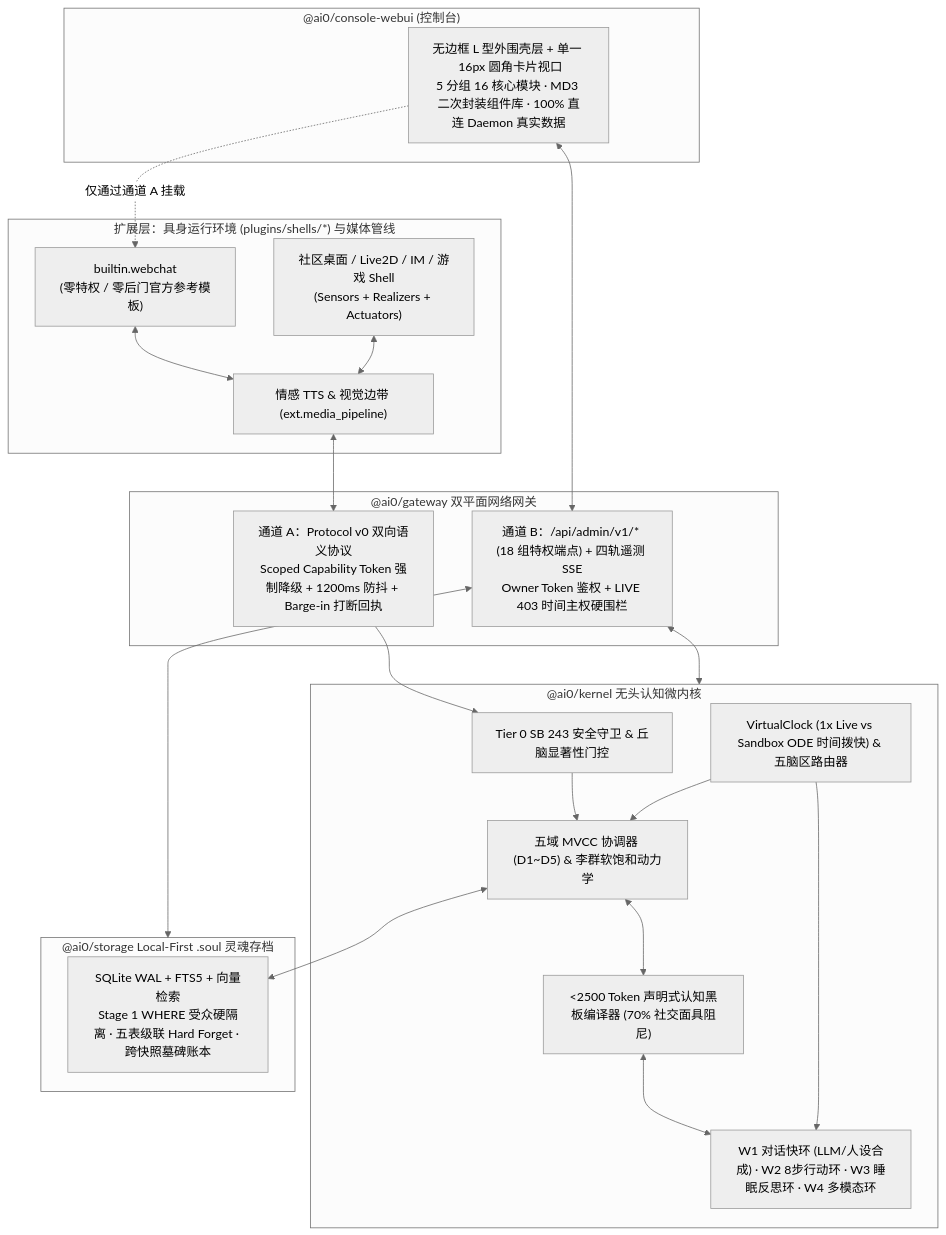
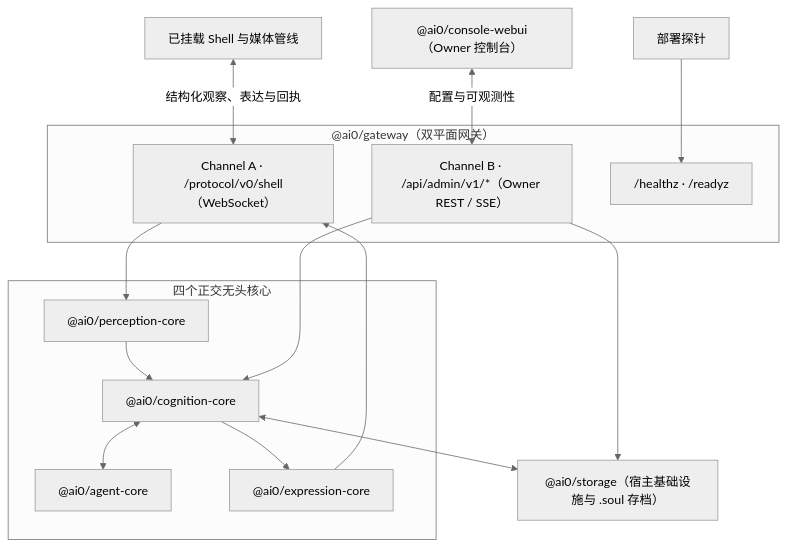
The diagram in README.md (reina0721/ai0), drawn with Mermaid (neutral theme) before and after one commit. The commit also changed other lines of this file and 156 other files, not shown here.

Commit message:
Split runtime cores and introduce host and soul lifecycle

````diff
--- a/README.md
+++ b/README.md
@@ -84,37 +90,27 @@
 ```mermaid
 flowchart TB
-    subgraph ExtShells["扩展层：具身运行环境 (plugins/shells/*) 与媒体管线"]
-        S1["builtin.webchat<br/>(零特权 / 零后门官方参考模板)"]
-        S2["社区桌面 / Live2D / IM / 游戏 Shell<br/>(Sensors + Realizers + Actuators)"]
-        MP["情感 TTS & 视觉边带 (ext.media_pipeline)"]
+    Shell["已挂载 Shell 与媒体管线"]
+    Console["@ai0/console-webui（Owner 控制台）"]
+    Probe["部署探针"]
+    subgraph Gateway["@ai0/gateway（双平面网关）"]
+        A["Channel A · /protocol/v0/shell（WebSocket）"]
+        B["Channel B · /api/admin/v1/*（Owner REST / SSE）"]
+        H["/healthz · /readyz"]
     end
-
-    subgraph Gateway["@ai0/gateway 双平面网络网关"]
-        UP["通道 A：Protocol v0 双向语义协议<br/>Scoped Capability Token 强制降级 + 1200ms 防抖 + Barge-in 打断回执"]
-        ADM["通道 B：/api/admin/v1/* (18 组特权端点) + 四轨遥测 SSE<br/>Owner Token 鉴权 + LIVE 403 时间主权硬围栏"]
+    subgraph Cores["四个正交无头核心"]
+        Perception["@ai0/perception-core"]
+        Cognition["@ai0/cognition-core"]
+        Agent["@ai0/agent-core"]
+        Expression["@ai0/expression-core"]
     end
-
-    subgraph Microkernel["@ai0/kernel 无头认知微内核"]
-        Safety["Tier 0 SB 243 安全守卫 & 丘脑显著性门控"]
-        Coord["五域 MVCC 协调器 (D1~D5) & 李群软饱和动力学"]
-        Blackboard["<2500 Token 声明式认知黑板编译器 (70% 社交面具阻尼)"]
-        Workers["W1 对话快环 (LLM/人设合成) · W2 8步行动环 · W3 睡眠反思环 · W4 多模态环"]
-        Clock["VirtualClock (1x Live vs Sandbox ODE 时间拨快) & 五脑区路由器"]
-    end
-
-    subgraph Storage["@ai0/storage Local-First .soul 灵魂存档"]
-        SQL["SQLite WAL + FTS5 + 向量检索<br/>Stage 1 WHERE 受众硬隔离 · 五表级联 Hard Forget · 跨快照墓碑账本"]
-    end
-
-    subgraph Console["@ai0/console-webui (控制台)"]
-        UI["无边框 L 型外围壳层 + 单一 <main> 16px 圆角卡片视口<br/>5 分组 16 核心模块 · MD3 二次封装组件库 · 100% 直连 Daemon 真实数据"]
-    end
-
-    S1 & S2 <--> MP <--> UP
-    UP --> Safety --> Coord
-    Coord <--> Blackboard <--> Workers
-    Clock --> Coord & Workers
-    Coord <--> SQL
-    UI <--> ADM <--> Microkernel & Storage
-    UI -.->|"仅通过通道 A 挂载"| S1
+    Storage["@ai0/storage（宿主基础设施与 .soul 存档）"]
+    Shell <-->|"结构化观察、表达与回执"| A
+    Console <-->|"配置与可观测性"| B
+    Probe --> H
+    A --> Perception --> Cognition
+    Cognition <--> Agent
+    Cognition --> Expression --> A
+    Cognition <--> Storage
+    B --> Cognition
+    B --> Storage
 ```
````
